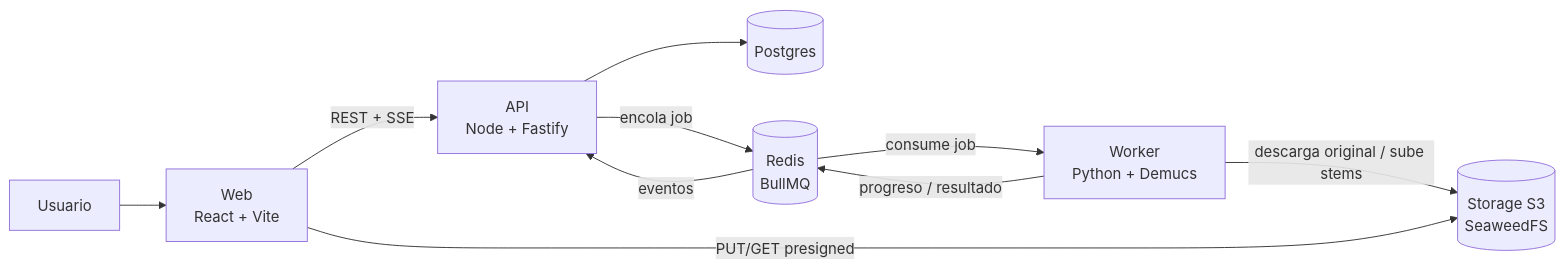
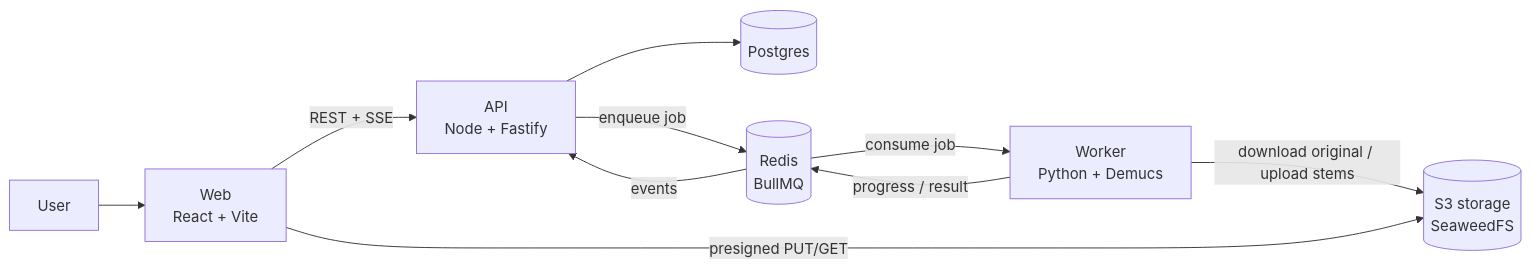
The first of 2 diagrams in docs/01-architecture.md (llOrtegall/unmix), drawn with Mermaid before and after one commit. The commit also changed other lines of this file and 57 other files, not shown here.

````diff
--- a/docs/01-architecture.md
+++ b/docs/01-architecture.md
@@ -5,12 +5,12 @@
 ```mermaid
 flowchart LR
-  U[Usuario] --> W[Web<br/>React + Vite]
+  U[User] --> W[Web<br/>React + Vite]
   W -- REST + SSE --> A[API<br/>Node + Fastify]
-  W -- PUT/GET presigned --> M[(Storage S3<br/>SeaweedFS)]
+  W -- presigned PUT/GET --> M[(S3 storage<br/>SeaweedFS)]
   A --> P[(Postgres)]
-  A -- encola job --> R[(Redis<br/>BullMQ)]
+  A -- enqueue job --> R[(Redis<br/>BullMQ)]
   R -- consume job --> K[Worker<br/>Python + Demucs]
-  K -- descarga original / sube stems --> M
-  K -- progreso / resultado --> R
-  R -- eventos --> A
+  K -- download original / upload stems --> M
+  K -- progress / result --> R
+  R -- events --> A
 ```
````
